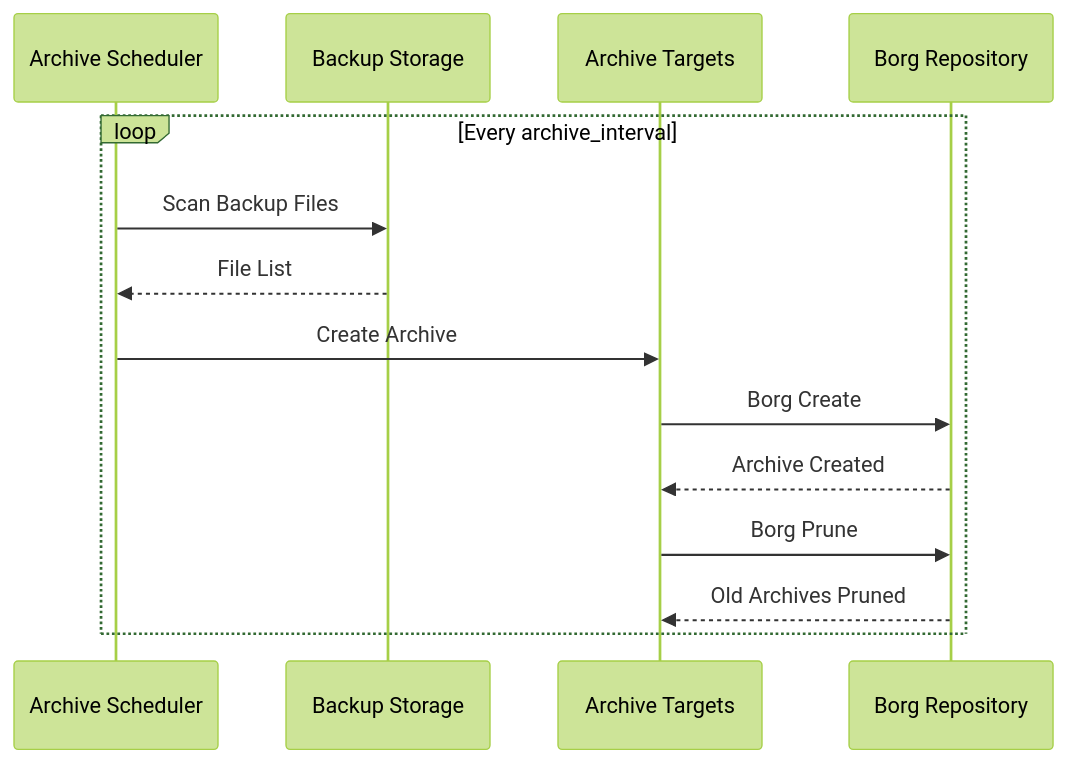
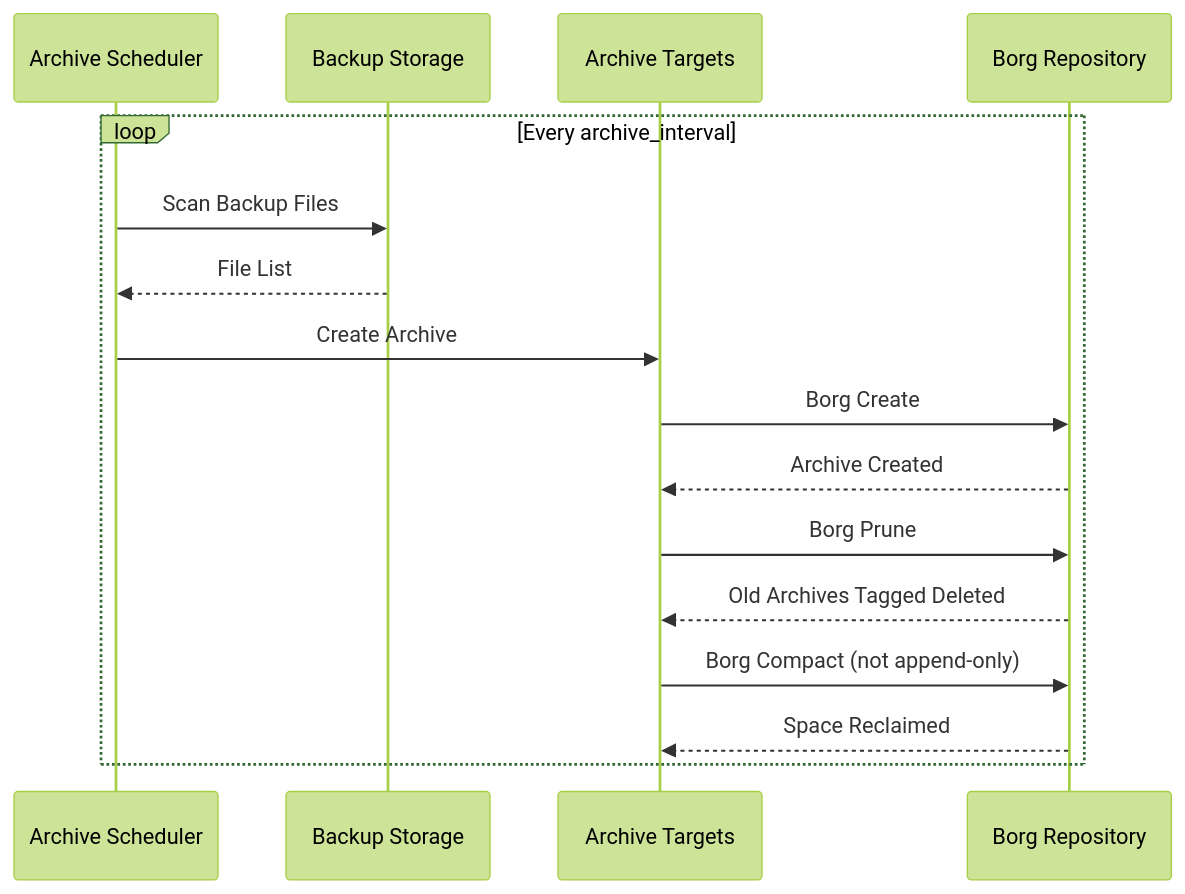
One commit to stphnsmpsn/unifi-protect-backup changed the third of 3 diagrams in docs/architecture.md. Above: the diagram before and after it, drawn with Mermaid (forest theme). The commit also changed 5 other files, not shown here.

First line of the commit message:
fix(archive): prune borg archives after every archive run, append-only keys included

````diff
--- a/docs/architecture.md
+++ b/docs/architecture.md
@@ -228,17 +228,19 @@
 ```mermaid
 sequenceDiagram
     participant SCHED as Archive Scheduler
     participant BT as Backup Storage
     participant AT as Archive Targets
     participant BORG as Borg Repository
 
     loop Every archive_interval
         SCHED->>BT: Scan Backup Files
         BT-->>SCHED: File List
         SCHED->>AT: Create Archive
         AT->>BORG: Borg Create
         BORG-->>AT: Archive Created
         AT->>BORG: Borg Prune
-        BORG-->>AT: Old Archives Pruned
+        BORG-->>AT: Old Archives Tagged Deleted
+        AT->>BORG: Borg Compact (not append-only)
+        BORG-->>AT: Space Reclaimed
     end
 ```
````
